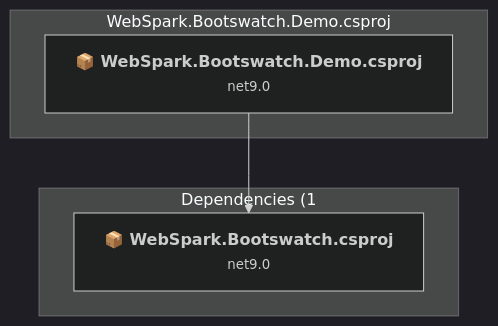
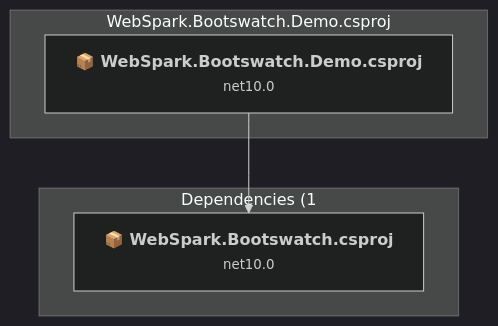
The second of 3 diagrams in .github/upgrades/assessment.md (markhazleton/WebSpark.Bootswatch), drawn with Mermaid (dark theme) before and after one commit. The commit also changed other lines of this file and 12 other files, not shown here.

````diff
--- a/.github/upgrades/assessment.md
+++ b/.github/upgrades/assessment.md
@@ -53,13 +54,13 @@
 ```mermaid
 flowchart TB
     subgraph current["WebSpark.Bootswatch.Demo.csproj"]
-        MAIN["<b>📦&nbsp;WebSpark.Bootswatch.Demo.csproj</b><br/><small>net9.0</small>"]
+        MAIN["<b>📦&nbsp;WebSpark.Bootswatch.Demo.csproj</b><br/><small>net10.0</small>"]
         click MAIN "#websparkbootswatchdemowebsparkbootswatchdemocsproj"
     end
     subgraph downstream["Dependencies (1"]
-        P1["<b>📦&nbsp;WebSpark.Bootswatch.csproj</b><br/><small>net9.0</small>"]
+        P1["<b>📦&nbsp;WebSpark.Bootswatch.csproj</b><br/><small>net10.0</small>"]
         click P1 "#websparkbootswatchwebsparkbootswatchcsproj"
     end
     MAIN --> P1
 
 ```
````
